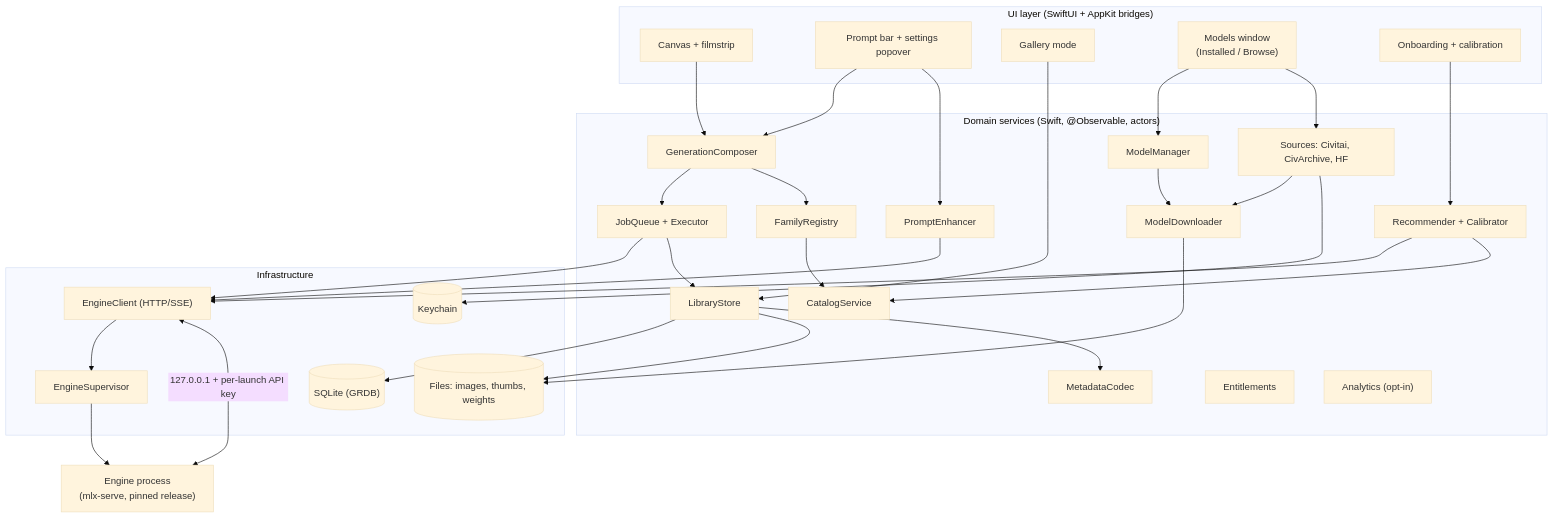
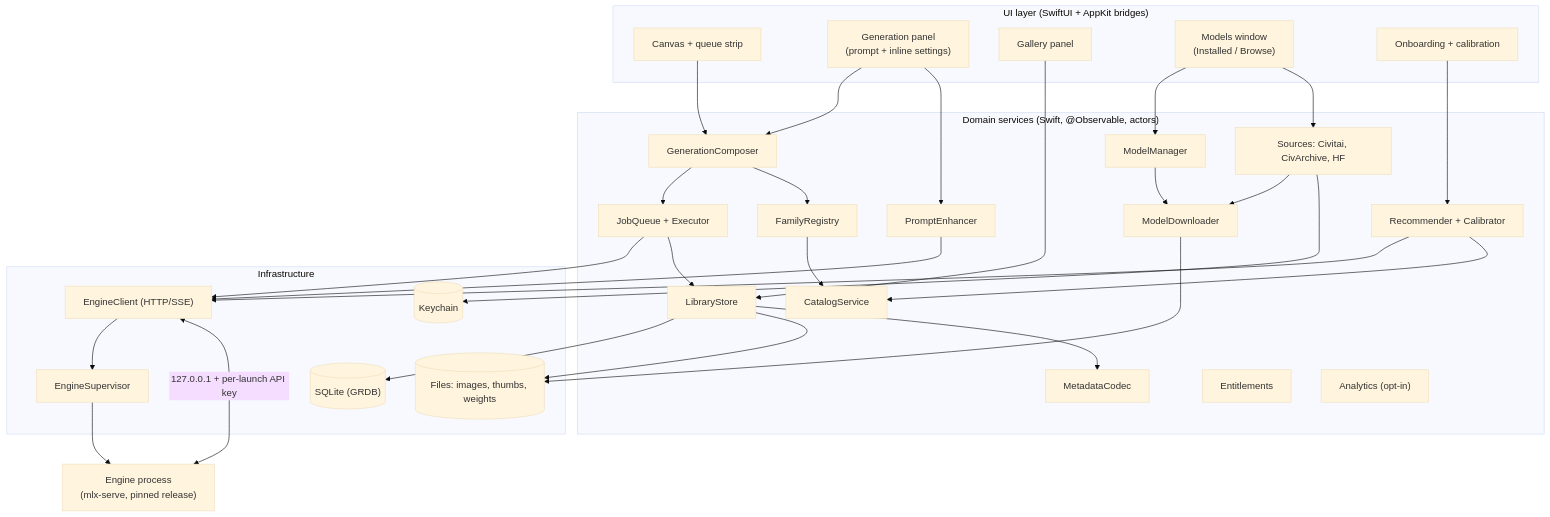
The second of 5 diagrams in docs/HLD.md (fearless-holdings/mlx-create), drawn with Mermaid (base theme) before and after one commit. The commit also changed other lines of this file and 1 other file, not shown here.

First line of the commit message:
docs: three-panel main layout plan and HLD D33 (U1)

````diff
--- a/docs/HLD.md
+++ b/docs/HLD.md
@@ -125,55 +126,55 @@
 ```mermaid
 flowchart TB
   subgraph UI["UI layer (SwiftUI + AppKit bridges)"]
-    canvas["Canvas + filmstrip"]
-    prompt["Prompt bar + settings popover"]
-    gallery["Gallery mode"]
+    canvas["Canvas + queue strip"]
+    prompt["Generation panel<br/>(prompt + inline settings)"]
+    gallery["Gallery panel"]
     models["Models window<br/>(Installed / Browse)"]
     onboarding["Onboarding + calibration"]
   end
 
   subgraph Domain["Domain services (Swift, @Observable, actors)"]
     composer["GenerationComposer"]
     queue["JobQueue + Executor"]
     enhancer["PromptEnhancer"]
     library["LibraryStore"]
     meta["MetadataCodec"]
     families["FamilyRegistry"]
     catalog["CatalogService"]
     recommender["Recommender + Calibrator"]
     modelmgr["ModelManager"]
     sources["Sources: Civitai, CivArchive, HF"]
     downloads["ModelDownloader"]
     ent["Entitlements"]
     telemetry["Analytics (opt-in)"]
   end
 
   subgraph Infra["Infrastructure"]
     supervisor["EngineSupervisor"]
     client["EngineClient (HTTP/SSE)"]
     db[("SQLite (GRDB)")]
     files[("Files: images, thumbs, weights")]
     keychain[("Keychain")]
   end
 
   engine["Engine process<br/>(mlx-serve, pinned release)"]
 
   canvas & prompt --> composer --> queue
   prompt --> enhancer
   gallery --> library
   models --> modelmgr & sources
   onboarding --> recommender
   queue --> client
   enhancer --> client
   recommender --> client
   queue --> library --> db & files
   library --> meta
   composer --> families
   families --> catalog
   recommender --> catalog
   modelmgr --> downloads --> files
   sources --> downloads
   sources --> keychain
   client --> supervisor --> engine
   client <-->|"127.0.0.1 + per-launch API key"| engine
 ```
````
